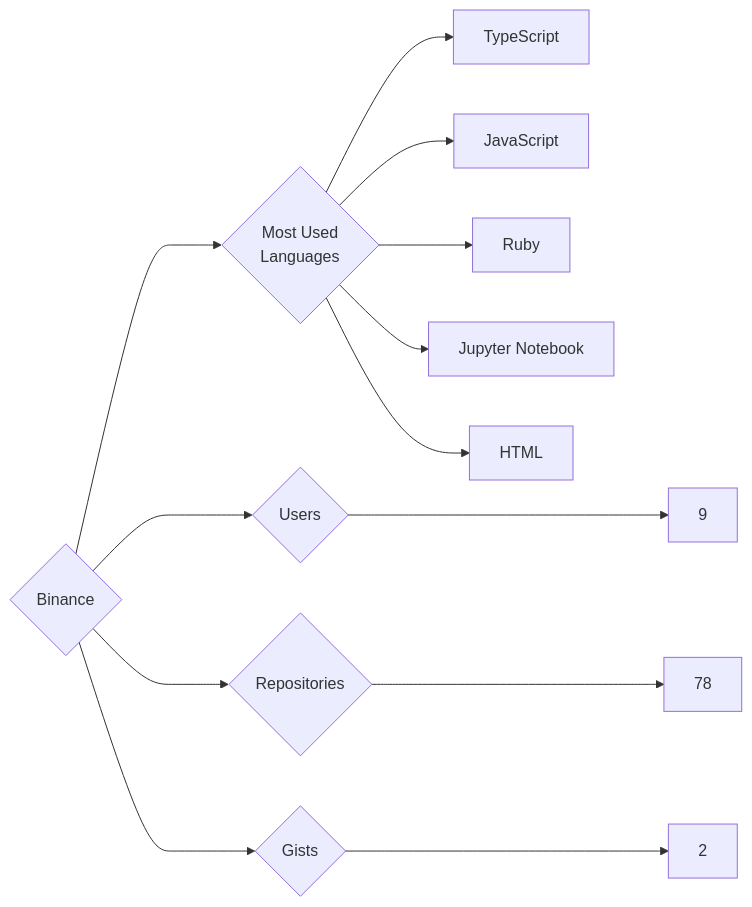
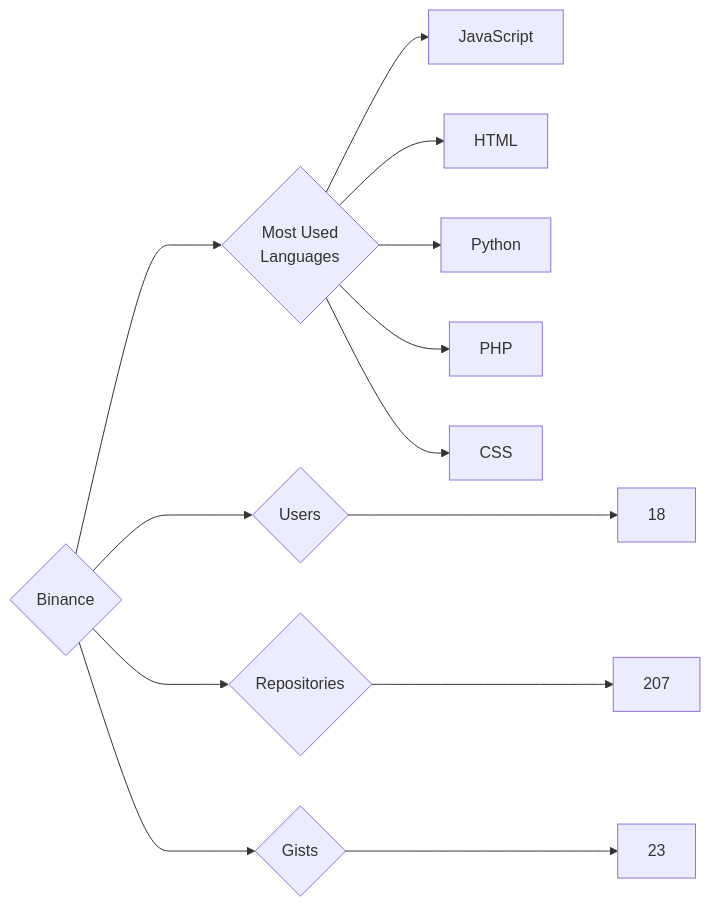
The diagram in targets/Binance/README.md (trickest/insiders), drawn with Mermaid before and after one commit. The commit also changed 775 other files, not shown here.

````diff
--- a/targets/Binance/README.md
+++ b/targets/Binance/README.md
@@ -3,13 +3,13 @@
 ```mermaid
 graph LR
 COMPANY_NAME{Binance}
-COMPANY_NAME ---> U{Users} ---> UN[9]
-COMPANY_NAME ---> R{Repositories} ---> RN[78]
-COMPANY_NAME ---> G{Gists} ---> GN[2]
+COMPANY_NAME ---> U{Users} ---> UN[18]
+COMPANY_NAME ---> R{Repositories} ---> RN[207]
+COMPANY_NAME ---> G{Gists} ---> GN[23]
 COMPANY_NAME ---> ML{Most Used<br>Languages}
-ML --> TypeScript[TypeScript]
 ML --> JavaScript[JavaScript]
-ML --> Ruby[Ruby]
-ML --> Jupyter_Notebook[Jupyter Notebook]
 ML --> HTML[HTML]
+ML --> Python[Python]
+ML --> PHP[PHP]
+ML --> CSS[CSS]
 ```
````
